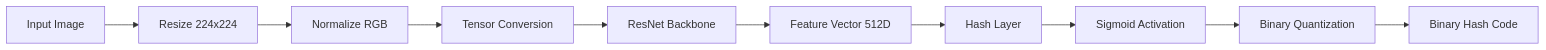
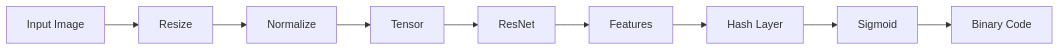
The fifth of 14 diagrams in ARCHITECTURE.md (BTech20/biometric-auth-system), drawn with Mermaid before and after one commit. The commit also changed other lines of this file, not shown here.

First line of the commit message:
Simplify all Mermaid diagrams to basic GitHub-compatible syntax

````diff
--- a/ARCHITECTURE.md
+++ b/ARCHITECTURE.md
@@ -181,12 +120,11 @@
 ```mermaid
-graph LR
-    A[Input Image] --> B[Resize 224x224]
-    B --> C[Normalize RGB]
-    C --> D[Tensor Conversion]
-    D --> E[ResNet Backbone]
-    E --> F[Feature Vector 512D]
+flowchart LR
+    A[Input Image] --> B[Resize]
+    B --> C[Normalize]
+    C --> D[Tensor]
+    D --> E[ResNet]
+    E --> F[Features]
     F --> G[Hash Layer]
-    G --> H[Sigmoid Activation]
-    H --> I[Binary Quantization]
-    I --> J[Binary Hash Code]
+    G --> H[Sigmoid]
+    H --> I[Binary Code]
 ```
````
